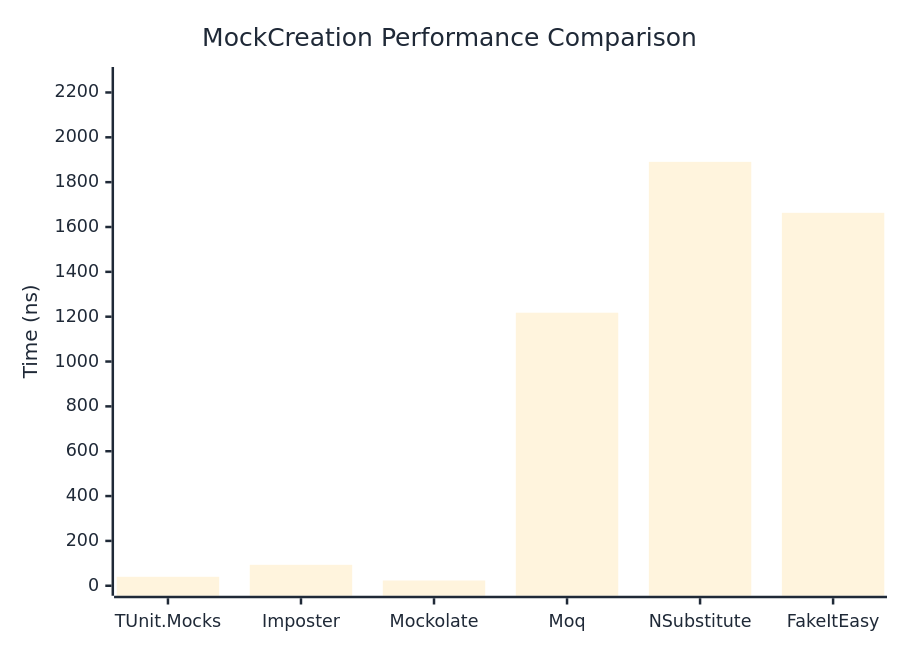
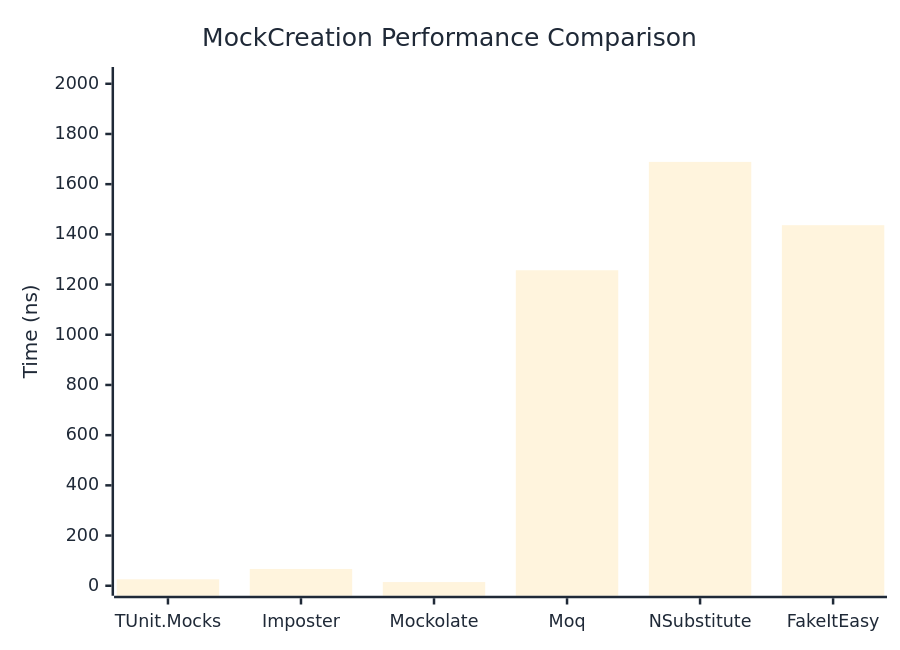
One commit to thomhurst/TUnit changed the first of 2 diagrams in docs/docs/benchmarks/mocks/MockCreation.md. Above: the diagram before and after it, drawn with Mermaid. The commit also changed other lines of this file and 14 other files, not shown here.

````diff
--- a/docs/docs/benchmarks/mocks/MockCreation.md
+++ b/docs/docs/benchmarks/mocks/MockCreation.md
@@ -30,27 +30,27 @@
 ```mermaid
 %%{init: {
   'theme':'base',
   'themeVariables': {
     'primaryColor': '#2563eb',
     'primaryTextColor': '#1f2937',
     'primaryBorderColor': '#1e40af',
     'lineColor': '#6b7280',
     'secondaryColor': '#7c3aed',
     'tertiaryColor': '#dc2626',
     'background': '#ffffff',
     'pie1': '#2563eb',
     'pie2': '#7c3aed',
     'pie3': '#dc2626',
     'pie4': '#f59e0b',
     'pie5': '#10b981',
     'pie6': '#06b6d4',
     'pie7': '#ec4899',
     'pie8': '#6366f1'
   }
 }}%%
 xychart-beta
   title "MockCreation Performance Comparison"
   x-axis ["TUnit.Mocks", "Imposter", "Mockolate", "Moq", "NSubstitute", "FakeItEasy"]
-  y-axis "Time (ns)" 0 --> 2269
-  bar [39.95, 93.31, 23.42, 1217.83, 1890.59, 1663.29]
+  y-axis "Time (ns)" 0 --> 2027
+  bar [25.63, 66.93, 14.66, 1257.03, 1688.75, 1436.53]
 ```
````
